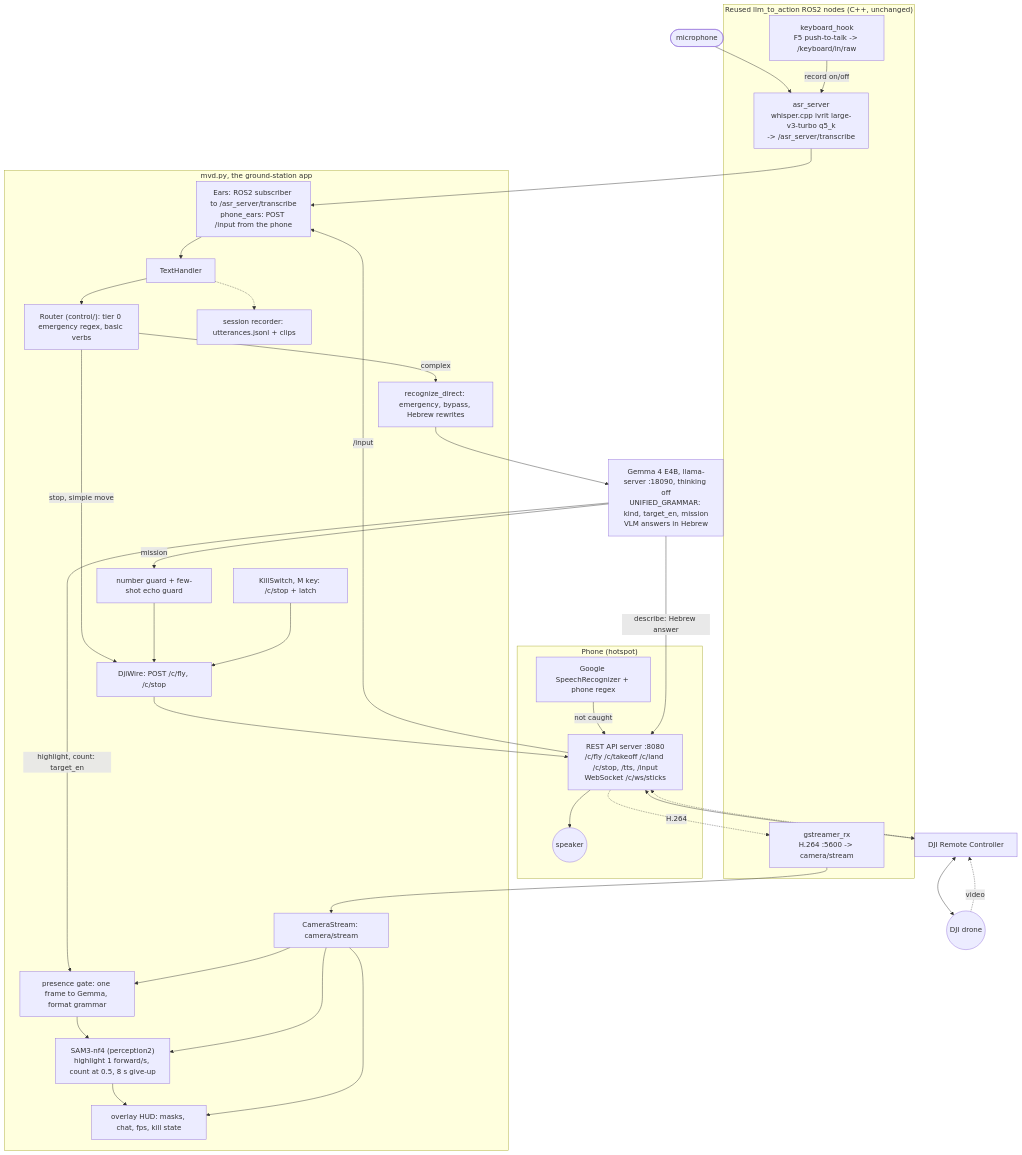
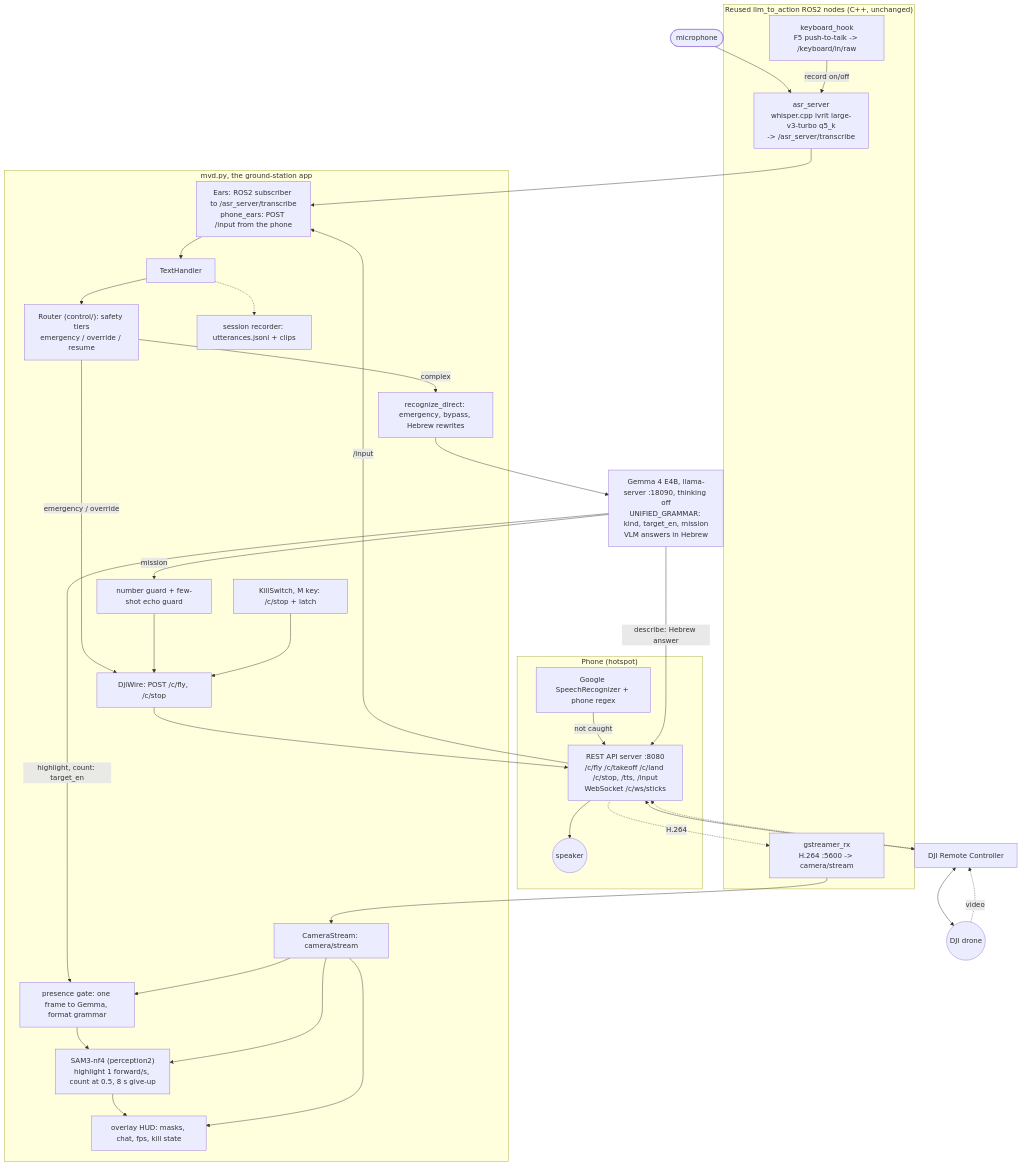
One commit to inonitz/groundstation changed the fourth of 4 diagrams in docs/spec-harden2-architecture.md. Above: the diagram before and after it, drawn with Mermaid. The commit also changed other lines of this file and 14 other files, not shown here.

````diff
--- a/docs/spec-harden2-architecture.md
+++ b/docs/spec-harden2-architecture.md
@@ -103,46 +101,46 @@
 ```mermaid
 flowchart TB
     subgraph L2A["Reused llm_to_action ROS2 nodes (C++, unchanged)"]
         KEYS["keyboard_hook<br/>F5 push-to-talk -> /keyboard/in/raw"]
         ASRN["asr_server<br/>whisper.cpp ivrit large-v3-turbo q5_k<br/>-> /asr_server/transcribe"]
         GST["gstreamer_rx<br/>H.264 :5600 -> camera/stream"]
     end
     subgraph PHONE["Phone (hotspot)"]
         PSR["Google SpeechRecognizer + phone regex"]
         API["REST API server :8080<br/>/c/fly /c/takeoff /c/land /c/stop, /tts, /input<br/>WebSocket /c/ws/sticks"]
         SPK(("speaker"))
     end
     RC["DJI Remote Controller"] <--> DRONE(("DJI drone"))
     API <--> RC
     subgraph APP["mvd.py, the ground-station app"]
         EARS["Ears: ROS2 subscriber to /asr_server/transcribe<br/>phone_ears: POST /input from the phone"]
         TH["TextHandler"]
-        ROUTER["Router (control/): tier 0 emergency regex, basic verbs"]
+        ROUTER["Router (control/): safety tiers<br/>emergency / override / resume"]
         DIRECT["recognize_direct: emergency, bypass, Hebrew rewrites"]
         GUARD["number guard + few-shot echo guard"]
         WIRE["DjiWire: POST /c/fly, /c/stop"]
         KILL["KillSwitch, M key: /c/stop + latch"]
         GATE["presence gate: one frame to Gemma, format grammar"]
         SAM["SAM3-nf4 (perception2)<br/>highlight 1 forward/s, count at 0.5, 8 s give-up"]
         CS["CameraStream: camera/stream"]
         HUD["overlay HUD: masks, chat, fps, kill state"]
         REC["session recorder: utterances.jsonl + clips"]
     end
     GEMMA["Gemma 4 E4B, llama-server :18090, thinking off<br/>UNIFIED_GRAMMAR: kind, target_en, mission<br/>VLM answers in Hebrew"]
     MIC(["microphone"]) --> ASRN
     KEYS -->|"record on/off"| ASRN
     ASRN --> EARS
     PSR -->|"not caught"| API -->|"/input"| EARS
     EARS --> TH --> ROUTER
-    ROUTER -->|"stop, simple move"| WIRE
+    ROUTER -->|"emergency / override"| WIRE
     ROUTER -->|"complex"| DIRECT --> GEMMA
     GEMMA -->|"mission"| GUARD --> WIRE --> API
     KILL --> WIRE
     GEMMA -->|"highlight, count: target_en"| GATE --> SAM --> HUD
     GEMMA -->|"describe: Hebrew answer"| API --> SPK
     DRONE -.->|"video"| RC -.-> API -.->|"H.264"| GST --> CS
     CS --> HUD
     CS --> GATE
     CS --> SAM
     TH -.-> REC
 ```
````
